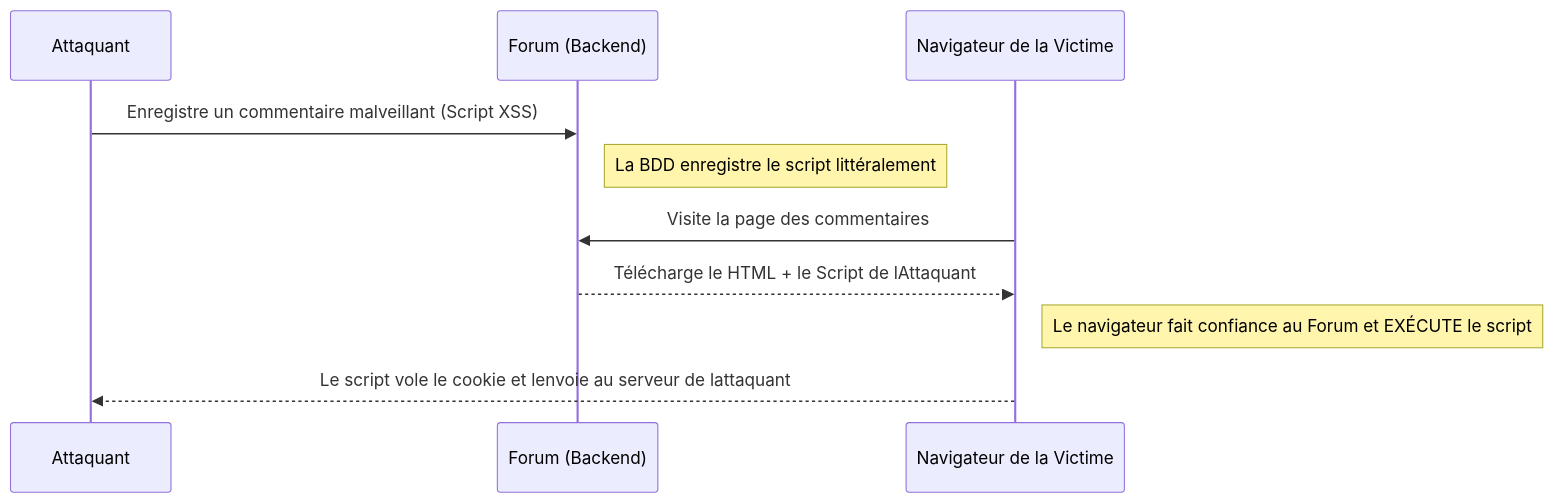
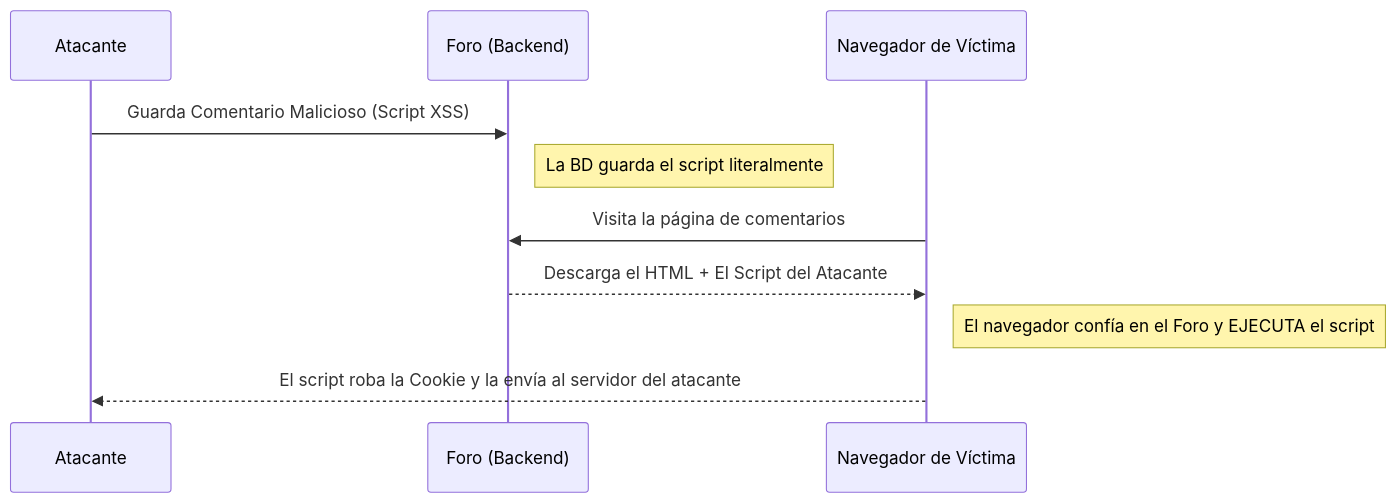
One commit to gjpierp/nmergeia changed the first of 2 diagrams in public/docs/fr/ext_pentest_medio.md. Above: the diagram before and after it, drawn with Mermaid. The commit also changed other lines of this file and 518 other files, not shown here.

````diff
--- a/public/docs/fr/ext_pentest_medio.md
+++ b/public/docs/fr/ext_pentest_medio.md
@@ -9,13 +9,13 @@
 ```mermaid
 sequenceDiagram
-    participant Atacante as Attaquant
-    participant Foro as Forum (Backend)
-    participant Victima as Navigateur de la Victime
+    participant Atacante
+    participant Foro as Foro (Backend)
+    participant Victima as Navegador de Víctima
 
-    Atacante->>Foro: Enregistre un commentaire malveillant (Script XSS)
-    Note right of Foro: La BDD enregistre le script littéralement
-    Victima->>Foro: Visite la page des commentaires
-    Foro-->>Victima: Télécharge le HTML + le Script de lAttaquant
-    Note right of Victima: Le navigateur fait confiance au Forum et EXÉCUTE le script
-    Victima-->>Atacante: Le script vole le cookie et lenvoie au serveur de lattaquant
+    Atacante->>Foro: Guarda Comentario Malicioso (Script XSS)
+    Note right of Foro: La BD guarda el script literalmente
+    Victima->>Foro: Visita la página de comentarios
+    Foro-->>Victima: Descarga el HTML + El Script del Atacante
+    Note right of Victima: El navegador confía en el Foro y EJECUTA el script
+    Victima-->>Atacante: El script roba la Cookie y la envía al servidor del atacante
 ```
````
